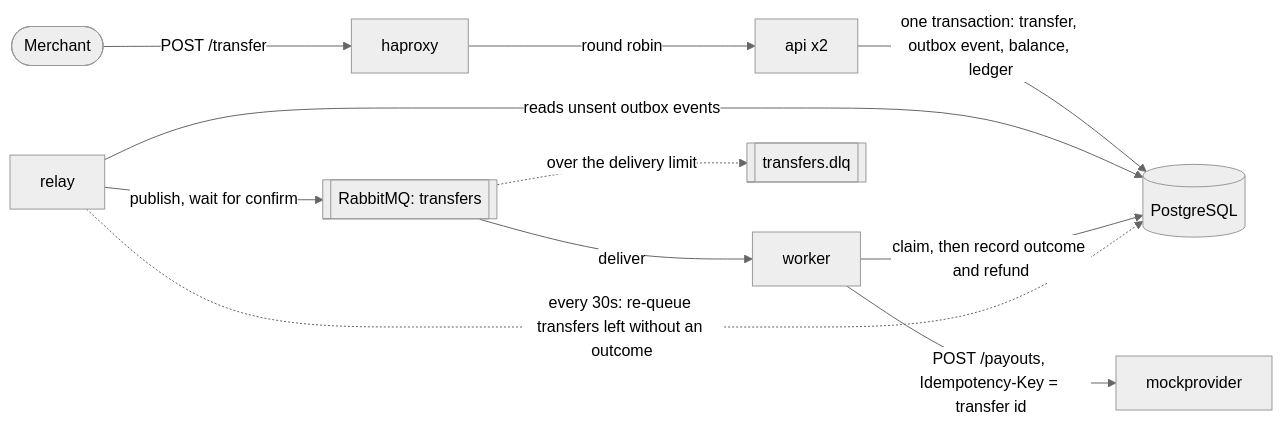
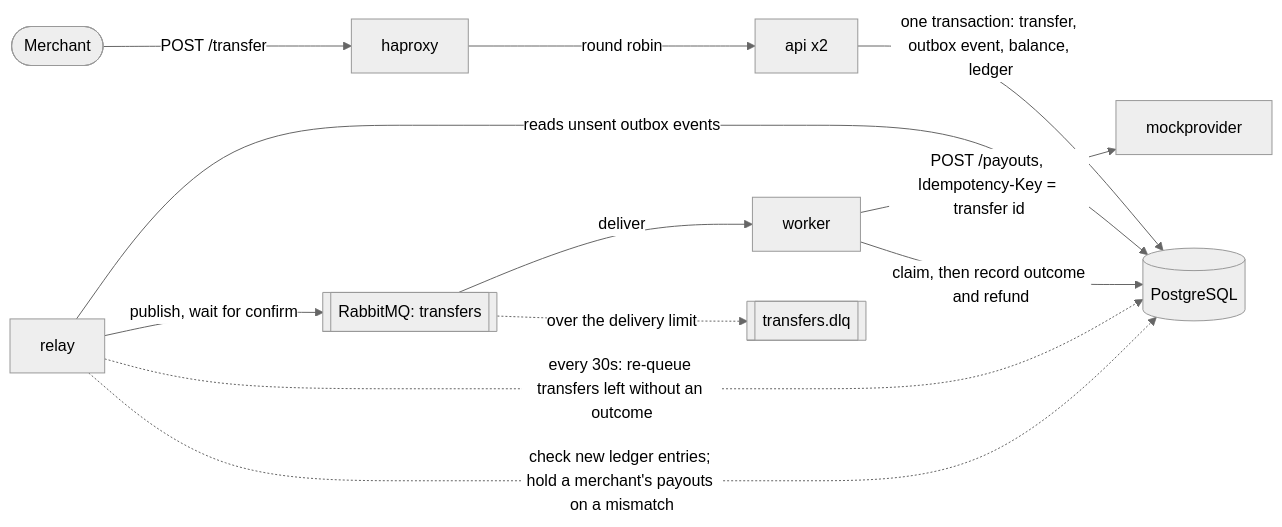
Before and after one commit to ryansurya1993/moneytransfer: the diagram in README.md, drawn with Mermaid (neutral theme). The commit also changed other lines of this file and 22 other files, not shown here.

Commit message:
feat(ledger): verify new ledger entries and hold a merchant's payouts on a mismatch

````diff
--- a/README.md
+++ b/README.md
@@ -359,13 +372,14 @@
 ```mermaid
 flowchart LR
     merchant([Merchant]) -->|POST /transfer| haproxy
     haproxy -->|round robin| api["api x2"]
     api -->|"one transaction: transfer, outbox event, balance, ledger"| pg[(PostgreSQL)]
     relay -->|reads unsent outbox events| pg
     relay -->|publish, wait for confirm| mq[[RabbitMQ: transfers]]
     mq -->|deliver| worker
     mq -.->|over the delivery limit| dlq[[transfers.dlq]]
     worker -->|"POST /payouts, Idempotency-Key = transfer id"| provider[mockprovider]
     worker -->|"claim, then record outcome and refund"| pg
     relay -.->|"every 30s: re-queue transfers left without an outcome"| pg
+    relay -.->|"check new ledger entries; hold a merchant's payouts on a mismatch"| pg
 ```
````
